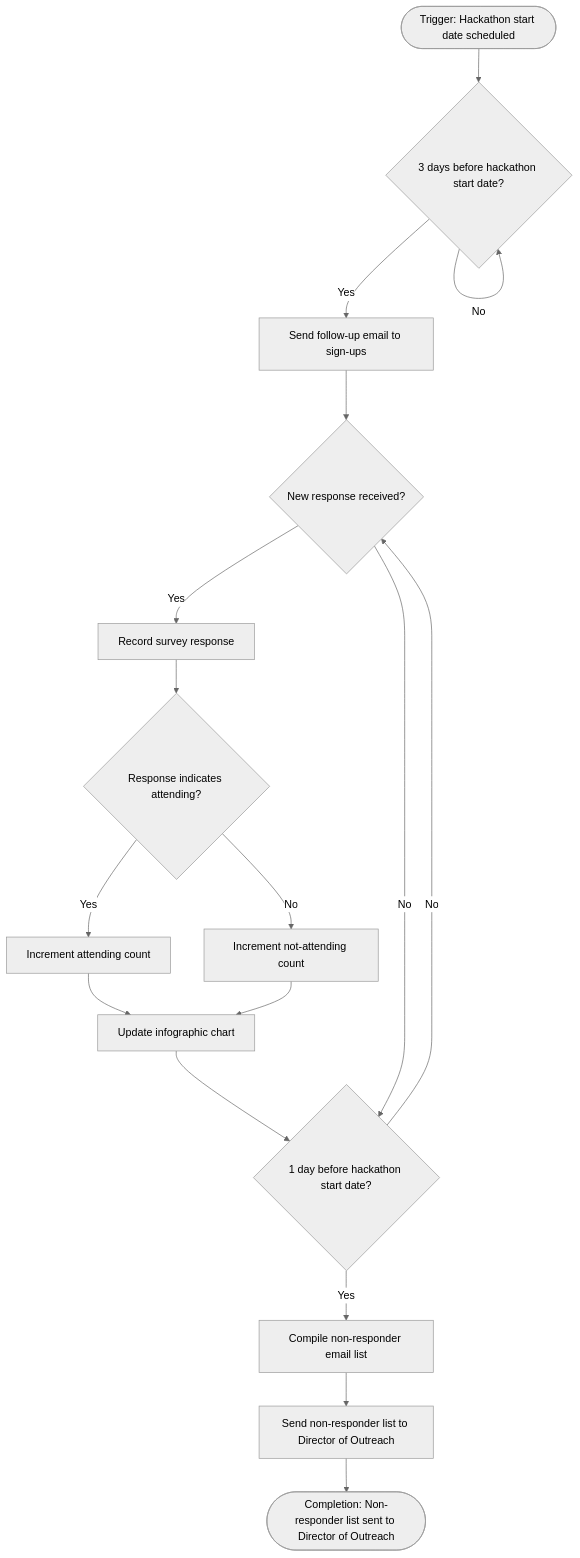
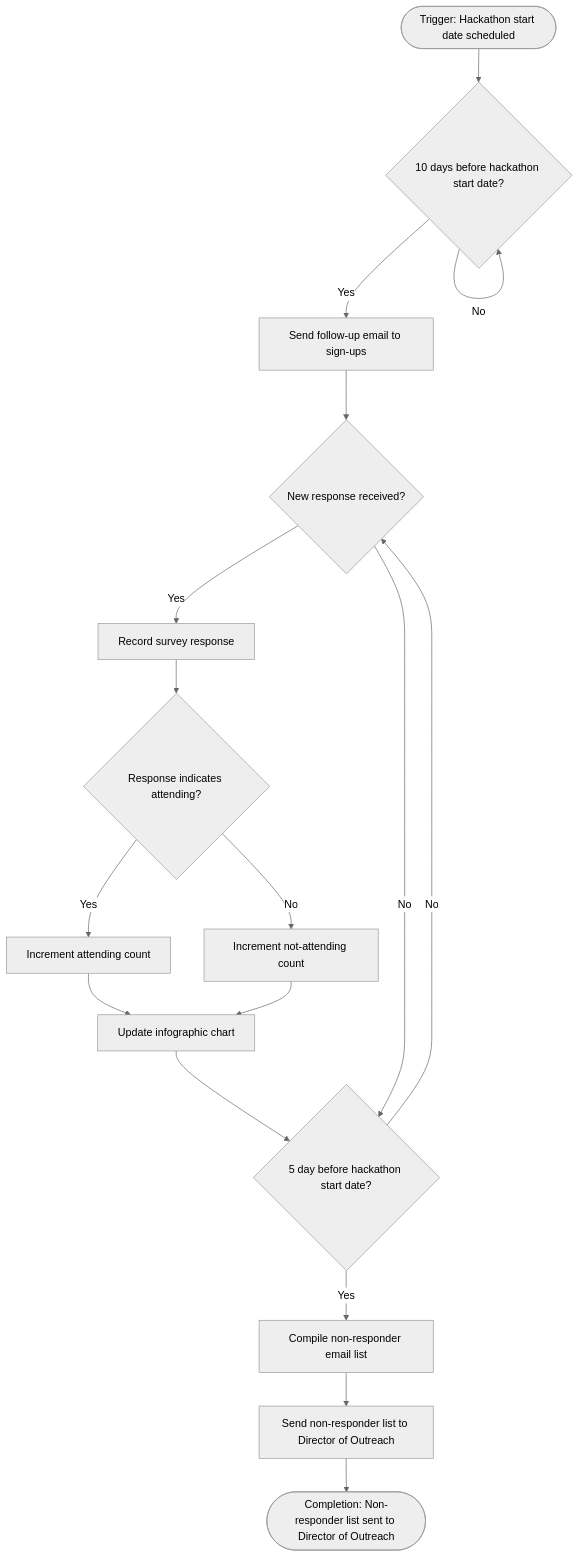
One commit to arlowe928-lab/BUS4498_InClass_Builds changed the diagram in my_first_agent/agent/workflow-of-tasks.md. Above: the diagram before and after it, drawn with Mermaid (neutral theme).

Commit message:
Update workflow diagram timing for hackathon tasks

````diff
--- a/my_first_agent/agent/workflow-of-tasks.md
+++ b/my_first_agent/agent/workflow-of-tasks.md
@@ -25,19 +25,19 @@
 ```mermaid
 flowchart TD
-Start(["Trigger: Hackathon start date scheduled"]) --> D1{"3 days before hackathon start date?"}
+Start(["Trigger: Hackathon start date scheduled"]) --> D1{"10 days before hackathon start date?"}
 D1 -->|"No"| D1
 D1 -->|"Yes"| T1["Send follow-up email to sign-ups"]
 T1 --> D2{"New response received?"}
 D2 -->|"Yes"| T2["Record survey response"]
 T2 --> D3{"Response indicates attending?"}
 D3 -->|"Yes"| T3["Increment attending count"]
 D3 -->|"No"| T4["Increment not-attending count"]
 T3 --> T5["Update infographic chart"]
 T4 --> T5
-T5 --> D4{"1 day before hackathon start date?"}
+T5 --> D4{"5 day before hackathon start date?"}
 D2 -->|"No"| D4
 D4 -->|"No"| D2
 D4 -->|"Yes"| T6["Compile non-responder email list"]
 T6 --> T7["Send non-responder list to Director of Outreach"]
 T7 --> End(["Completion: Non-responder list sent to Director of Outreach"])
 ```
````
